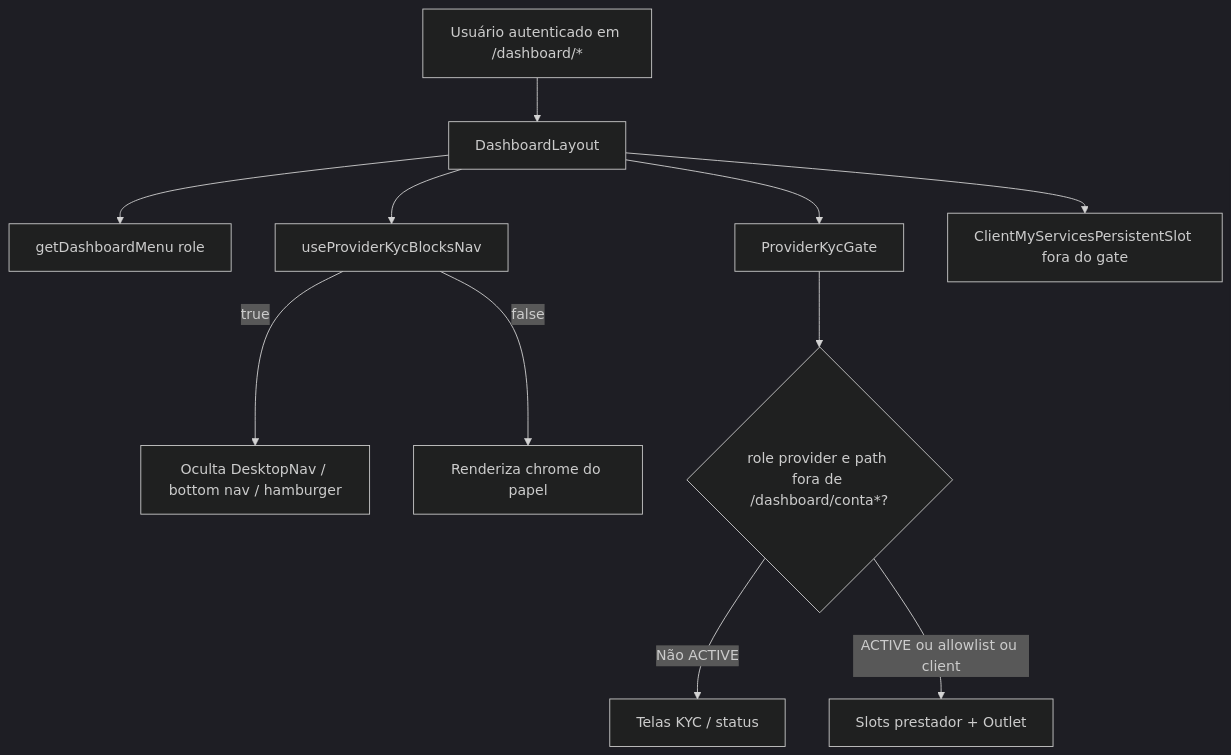
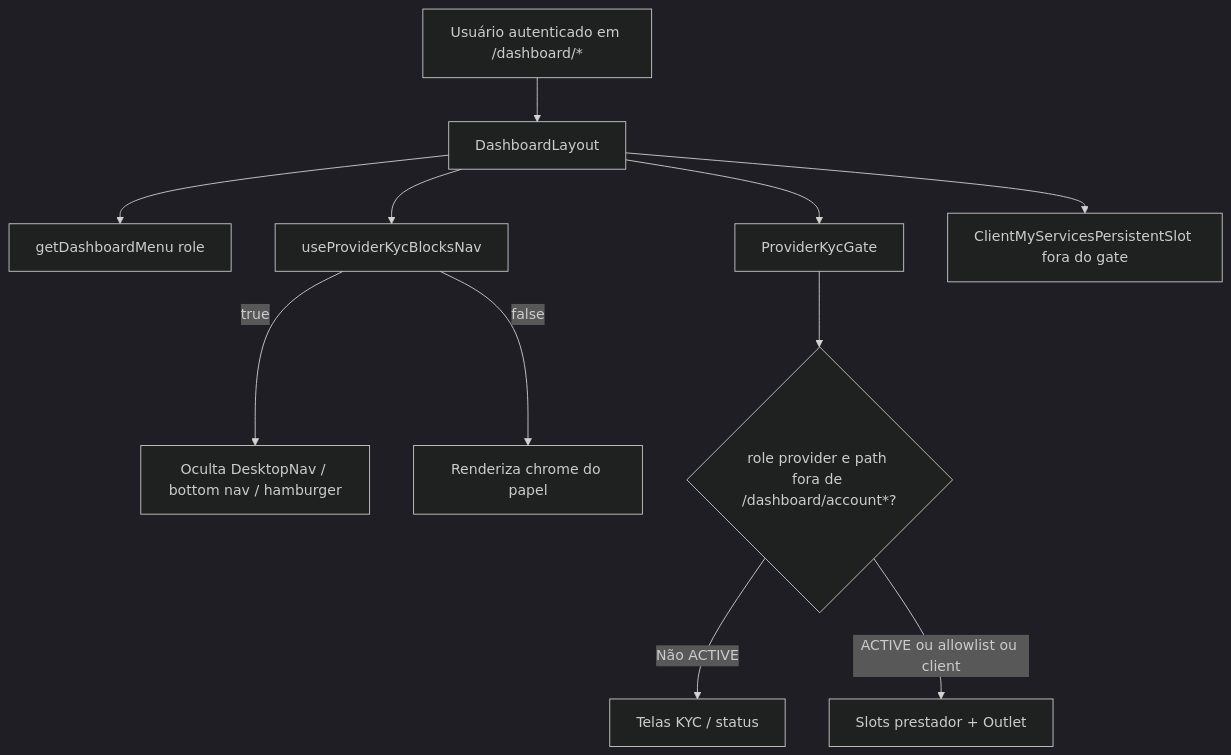
Before and after one commit to higorpo/renovi-orbit-test: the diagram in docs/business/modulos/dashboard-shell/features/placeholders-e-menu.md, drawn with Mermaid (dark theme). The commit also changed other lines of this file and 62 other files, not shown here.

````diff
--- a/docs/business/modulos/dashboard-shell/features/placeholders-e-menu.md
+++ b/docs/business/modulos/dashboard-shell/features/placeholders-e-menu.md
@@ -56,13 +56,13 @@
 ```mermaid
 flowchart TD
   A[Usuário autenticado em /dashboard/*] --> B[DashboardLayout]
   B --> C[getDashboardMenu role]
   B --> N[useProviderKycBlocksNav]
   N -->|true| O[Oculta DesktopNav / bottom nav / hamburger]
   N -->|false| G[Renderiza chrome do papel]
   B --> H[ProviderKycGate]
-  H --> I{role provider e path fora de /dashboard/conta*?}
+  H --> I{role provider e path fora de /dashboard/account*?}
   I -->|Não ACTIVE| J[Telas KYC / status]
   I -->|ACTIVE ou allowlist ou client| K[Slots prestador + Outlet]
   B --> L[ClientMyServicesPersistentSlot fora do gate]
 ```
````
